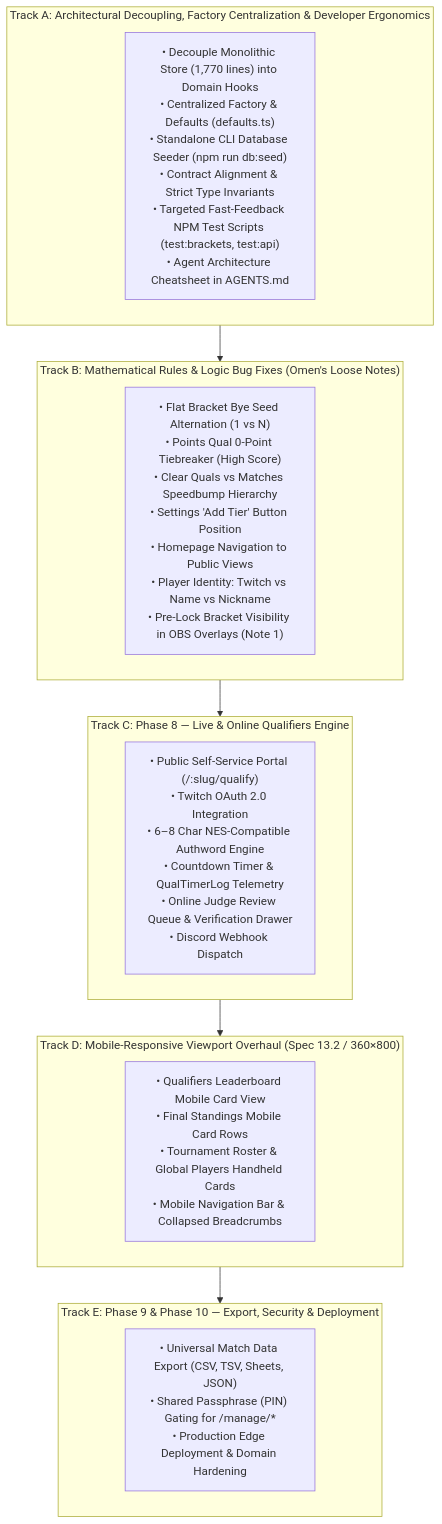
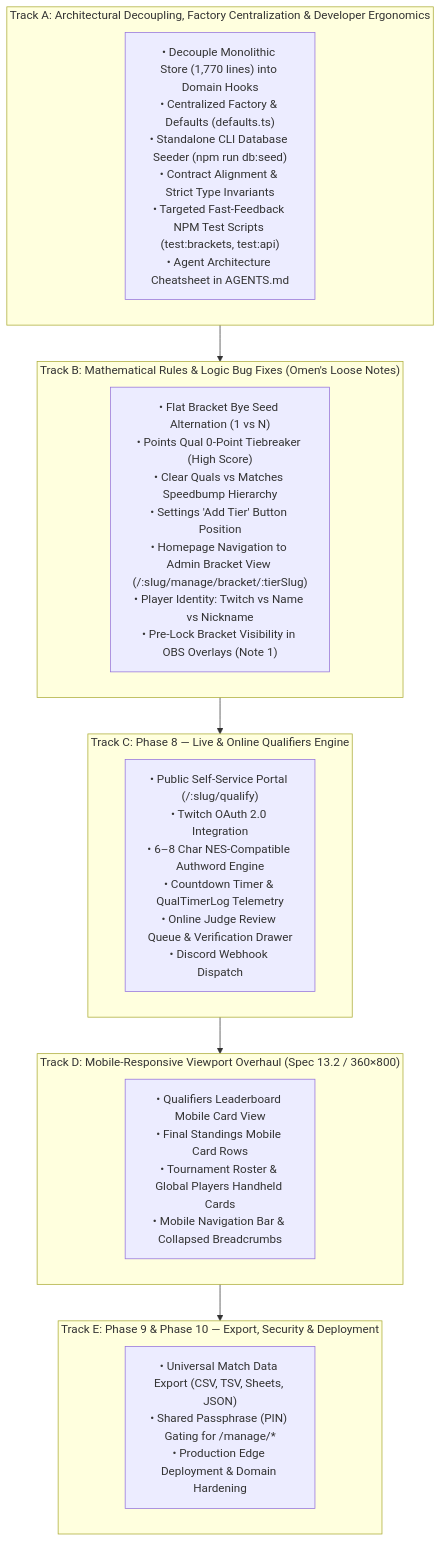
One commit to jgrondski/tournament-manager changed the diagram in docs/implementation_plan.md. Above: the diagram before and after it, drawn with Mermaid. The commit also changed other lines of this file and 31 other files, not shown here.

Commit message:
feat: add OBS match card view and overlay support, and enhance player directory with custom handles

````diff
--- a/docs/implementation_plan.md
+++ b/docs/implementation_plan.md
@@ -106,24 +106,24 @@
 ```mermaid
 flowchart TD
     subgraph TrackA["Track A: Architectural Decoupling, Factory Centralization & Developer Ergonomics"]
         A1["• Decouple Monolithic Store (1,770 lines) into Domain Hooks<br>• Centralized Factory & Defaults (defaults.ts)<br>• Standalone CLI Database Seeder (npm run db:seed)<br>• Contract Alignment & Strict Type Invariants<br>• Targeted Fast-Feedback NPM Test Scripts (test:brackets, test:api)<br>• Agent Architecture Cheatsheet in AGENTS.md"]
     end
 
     subgraph TrackB["Track B: Mathematical Rules & Logic Bug Fixes (Omen's Loose Notes)"]
-        B1["• Flat Bracket Bye Seed Alternation (1 vs N)<br>• Points Qual 0-Point Tiebreaker (High Score)<br>• Clear Quals vs Matches Speedbump Hierarchy<br>• Settings 'Add Tier' Button Position<br>• Homepage Navigation to Public Views<br>• Player Identity: Twitch vs Name vs Nickname<br>• Pre-Lock Bracket Visibility in OBS Overlays (Note 1)"]
+        B1["• Flat Bracket Bye Seed Alternation (1 vs N)<br>• Points Qual 0-Point Tiebreaker (High Score)<br>• Clear Quals vs Matches Speedbump Hierarchy<br>• Settings 'Add Tier' Button Position<br>• Homepage Navigation to Admin Bracket View (/:slug/manage/bracket/:tierSlug)<br>• Player Identity: Twitch vs Name vs Nickname<br>• Pre-Lock Bracket Visibility in OBS Overlays (Note 1)"]
     end
 
     subgraph TrackC["Track C: Phase 8 — Live & Online Qualifiers Engine"]
         C1["• Public Self-Service Portal (/:slug/qualify)<br>• Twitch OAuth 2.0 Integration<br>• 6–8 Char NES-Compatible Authword Engine<br>• Countdown Timer & QualTimerLog Telemetry<br>• Online Judge Review Queue & Verification Drawer<br>• Discord Webhook Dispatch"]
     end
 
     subgraph TrackD["Track D: Mobile-Responsive Viewport Overhaul (Spec 13.2 / 360×800)"]
         D1["• Qualifiers Leaderboard Mobile Card View<br>• Final Standings Mobile Card Rows<br>• Tournament Roster & Global Players Handheld Cards<br>• Mobile Navigation Bar & Collapsed Breadcrumbs"]
     end
 
     subgraph TrackE["Track E: Phase 9 & Phase 10 — Export, Security & Deployment"]
         E1["• Universal Match Data Export (CSV, TSV, Sheets, JSON)<br>• Shared Passphrase (PIN) Gating for /manage/*<br>• Production Edge Deployment & Domain Hardening"]
     end
 
     TrackA --> TrackB --> TrackC --> TrackD --> TrackE
 ```
````
